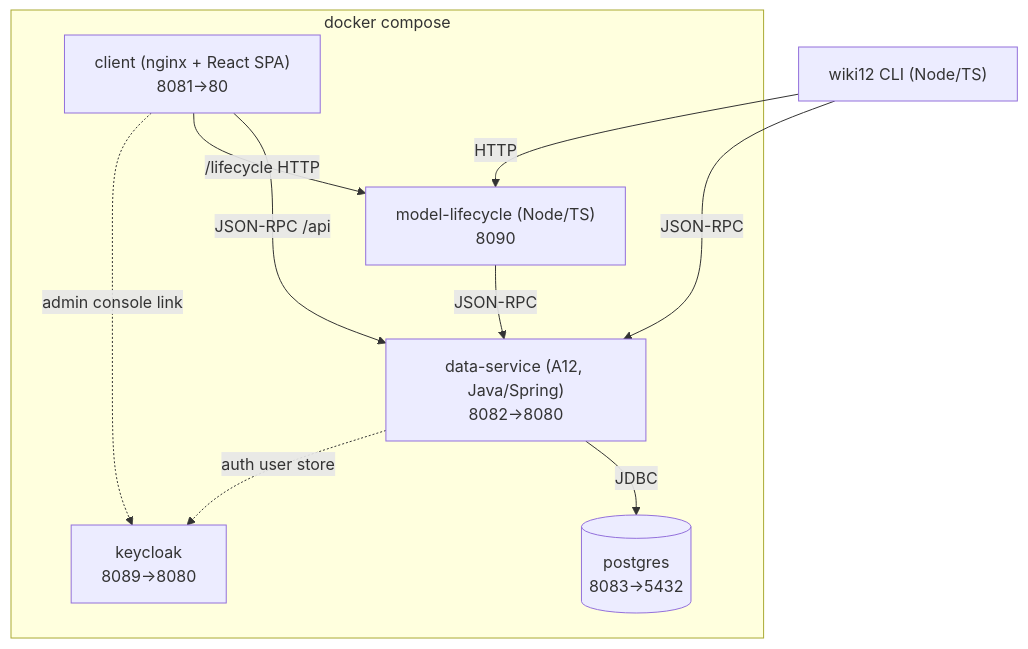
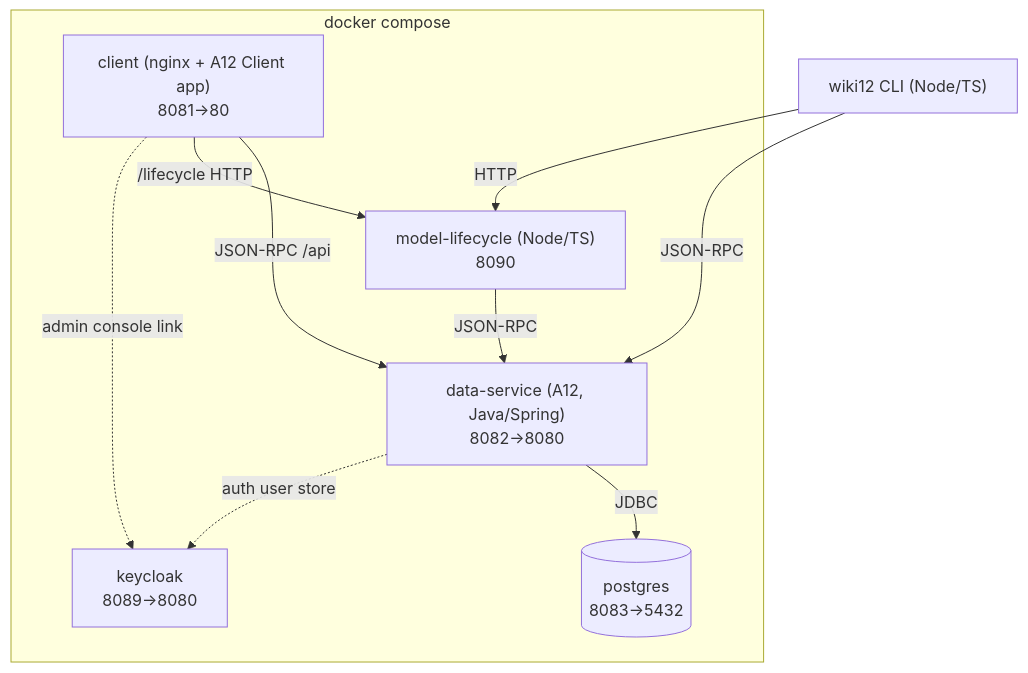
The first of 3 diagrams in specs/system/architecture.md (tillg/wiki12), drawn with Mermaid before and after one commit. The commit also changed other lines of this file and 2 other files, not shown here.

Commit message:
Rebuild web client on the A12 Client framework — Application Model + Form Engine binding (sync system description)

````diff
--- a/specs/system/architecture.md
+++ b/specs/system/architecture.md
@@ -15,20 +16,20 @@
 ```mermaid
 flowchart TB
     subgraph Compose["docker compose"]
-        Client["client (nginx + React SPA)<br/>8081→80"]
+        Client["client (nginx + A12 Client app)<br/>8081→80"]
         Server["data-service (A12, Java/Spring)<br/>8082→8080"]
         Node["model-lifecycle (Node/TS)<br/>8090"]
         Keycloak["keycloak<br/>8089→8080"]
         DB[("postgres<br/>8083→5432")]
     end
     CLI["wiki12 CLI (Node/TS)"]
 
     Client -->|JSON-RPC /api| Server
     CLI -->|JSON-RPC| Server
     Client -->|/lifecycle HTTP| Node
     CLI -->|HTTP| Node
     Node -->|JSON-RPC| Server
     Server -->|JDBC| DB
     Server -.->|auth user store| Keycloak
     Client -.->|admin console link| Keycloak
 ```
````
